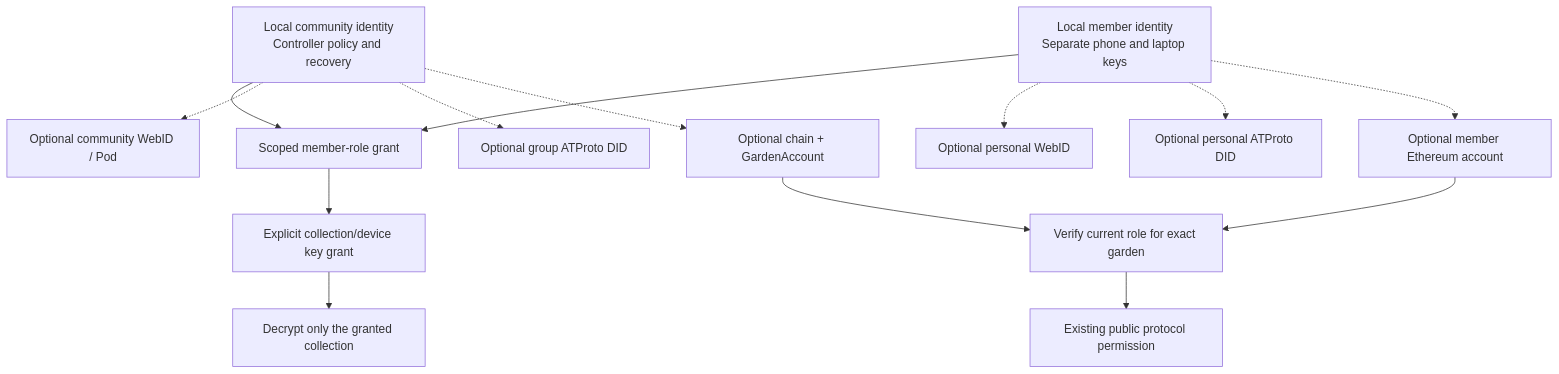
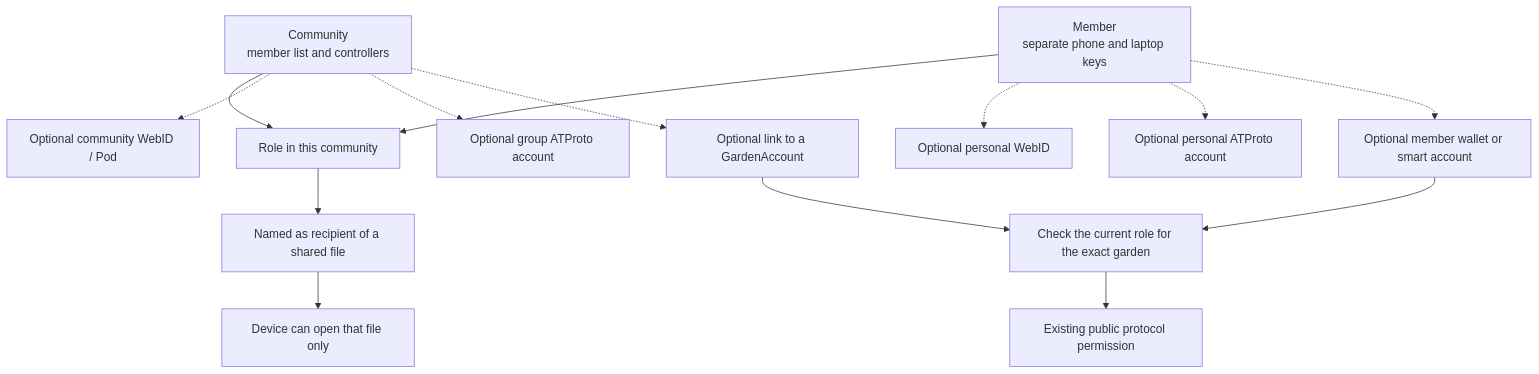
The diagram in .plans/ideas/grove/identity-role-mapping.md (greenpill-dev-guild/green-goods), drawn with Mermaid before and after one commit. The commit also changed other lines of this file and 23 other files, not shown here.

````diff
--- a/.plans/ideas/grove/identity-role-mapping.md
+++ b/.plans/ideas/grove/identity-role-mapping.md
@@ -16,16 +28,16 @@
 ```mermaid
 flowchart TB
-  C["Local community identity<br/>Controller policy and recovery"] --> R["Scoped member-role grant"]
-  M["Local member identity<br/>Separate phone and laptop keys"] --> R
-  R --> K["Explicit collection/device key grant"]
+  C["Community<br/>member list and controllers"] --> R["Role in this community"]
+  M["Member<br/>separate phone and laptop keys"] --> R
+  R --> K["Named as recipient of a shared file"]
+  K --> D["Device can open that file only"]
   C -.-> CW["Optional community WebID / Pod"]
-  C -.-> CA["Optional group ATProto DID"]
-  C -.-> CG["Optional chain + GardenAccount"]
+  C -.-> CA["Optional group ATProto account"]
+  C -.-> CG["Optional link to a GardenAccount"]
   M -.-> MW["Optional personal WebID"]
-  M -.-> MA["Optional personal ATProto DID"]
-  M -.-> ME["Optional member Ethereum account"]
-  ME --> H["Verify current role for exact garden"]
+  M -.-> MA["Optional personal ATProto account"]
+  M -.-> ME["Optional member wallet or smart account"]
+  ME --> H["Check the current role for the exact garden"]
   CG --> H
   H --> P["Existing public protocol permission"]
-  K --> D["Decrypt only the granted collection"]
 ```
````
